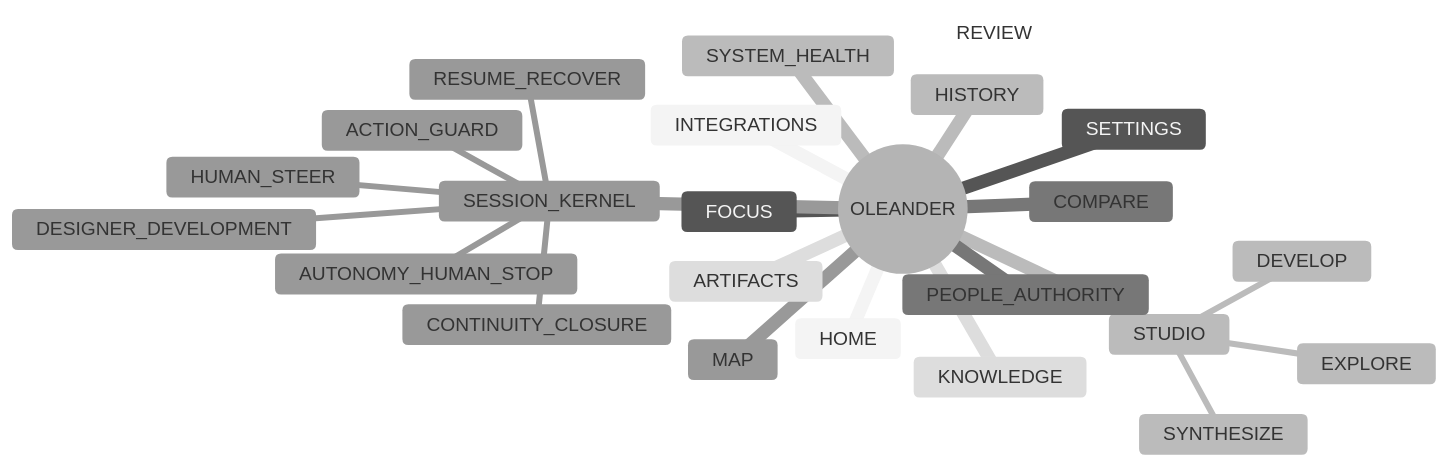
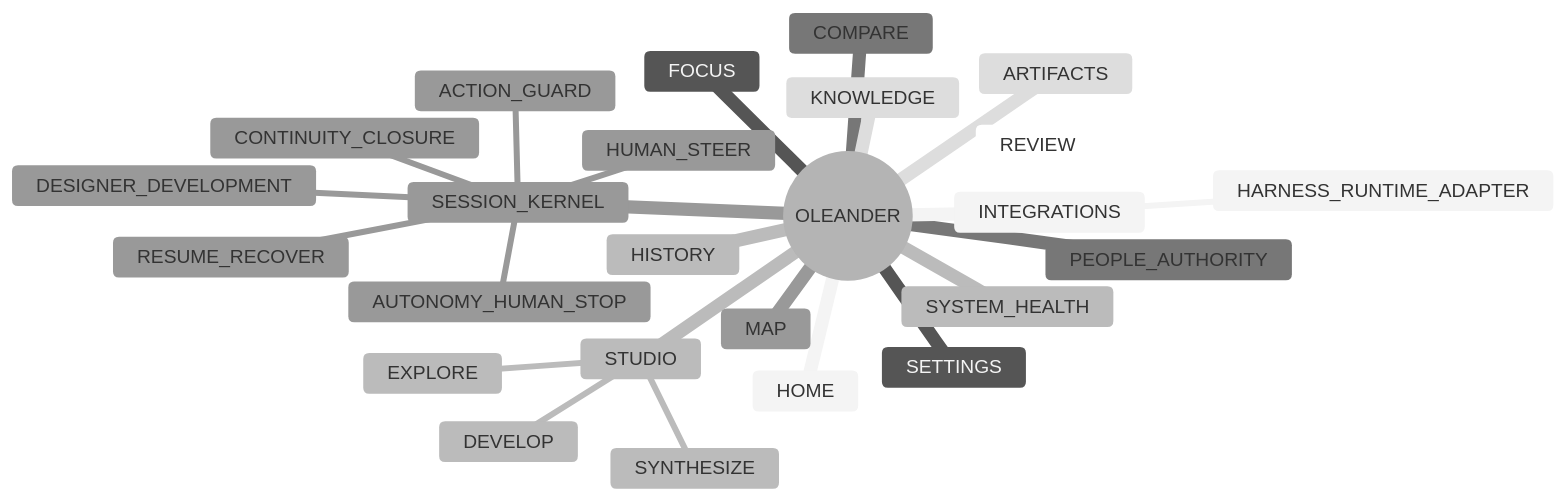
Before and after one commit to Jiaosong/Design: the diagram in product-docs/v0.3/OLEANDER_MASTER_PRD_v0.3.0.md, drawn with Mermaid (neutral theme). The commit also changed other lines of this file and 21 other files, not shown here.

Commit message:
Add OLEANDER execution fabric architecture v0.3.3 (#717)

````diff
--- a/product-docs/v0.3/OLEANDER_MASTER_PRD_v0.3.0.md
+++ b/product-docs/v0.3/OLEANDER_MASTER_PRD_v0.3.0.md
@@ -26,27 +27,28 @@
 ```mermaid
 mindmap
   root((OLEANDER))
     HOME
     FOCUS
     STUDIO
       EXPLORE
       DEVELOP
       SYNTHESIZE
     COMPARE
     MAP
     ARTIFACTS
     REVIEW
     KNOWLEDGE
     HISTORY
     SESSION_KERNEL
       RESUME_RECOVER
       HUMAN_STEER
       AUTONOMY_HUMAN_STOP
       ACTION_GUARD
       CONTINUITY_CLOSURE
       DESIGNER_DEVELOPMENT
     PEOPLE_AUTHORITY
     INTEGRATIONS
+      HARNESS_RUNTIME_ADAPTER
     SETTINGS
     SYSTEM_HEALTH
 ```
````
